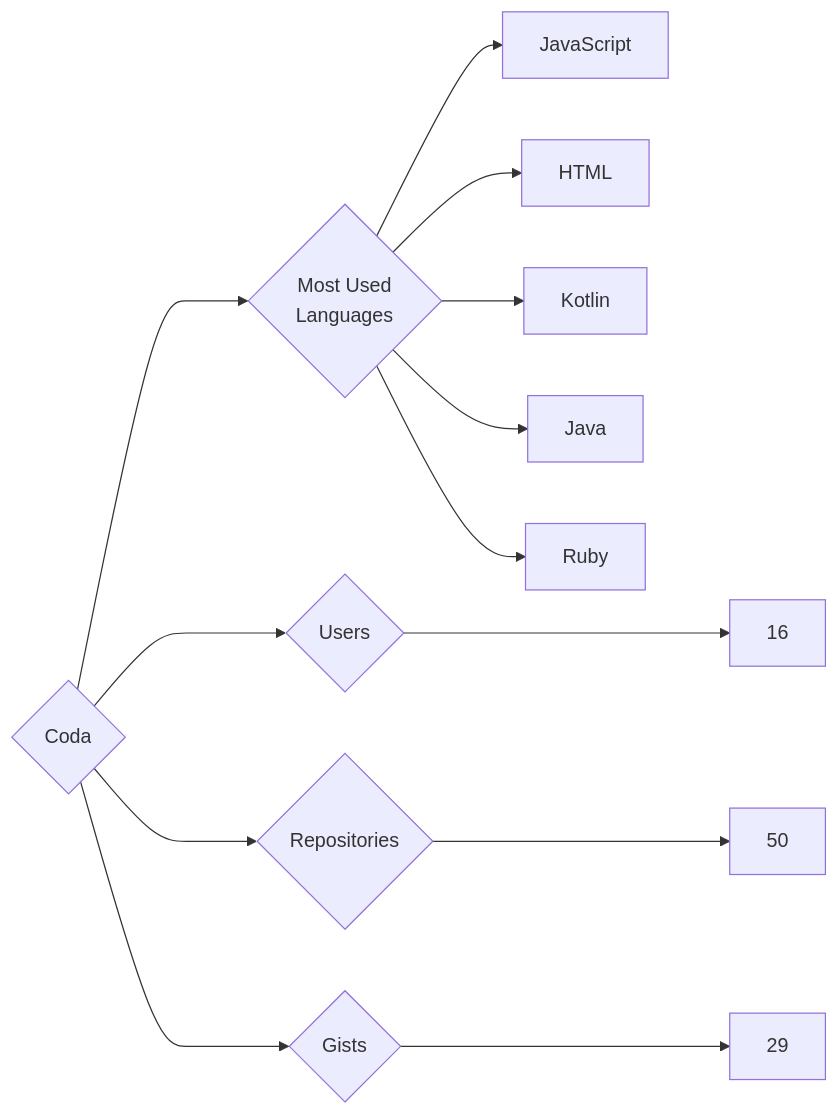
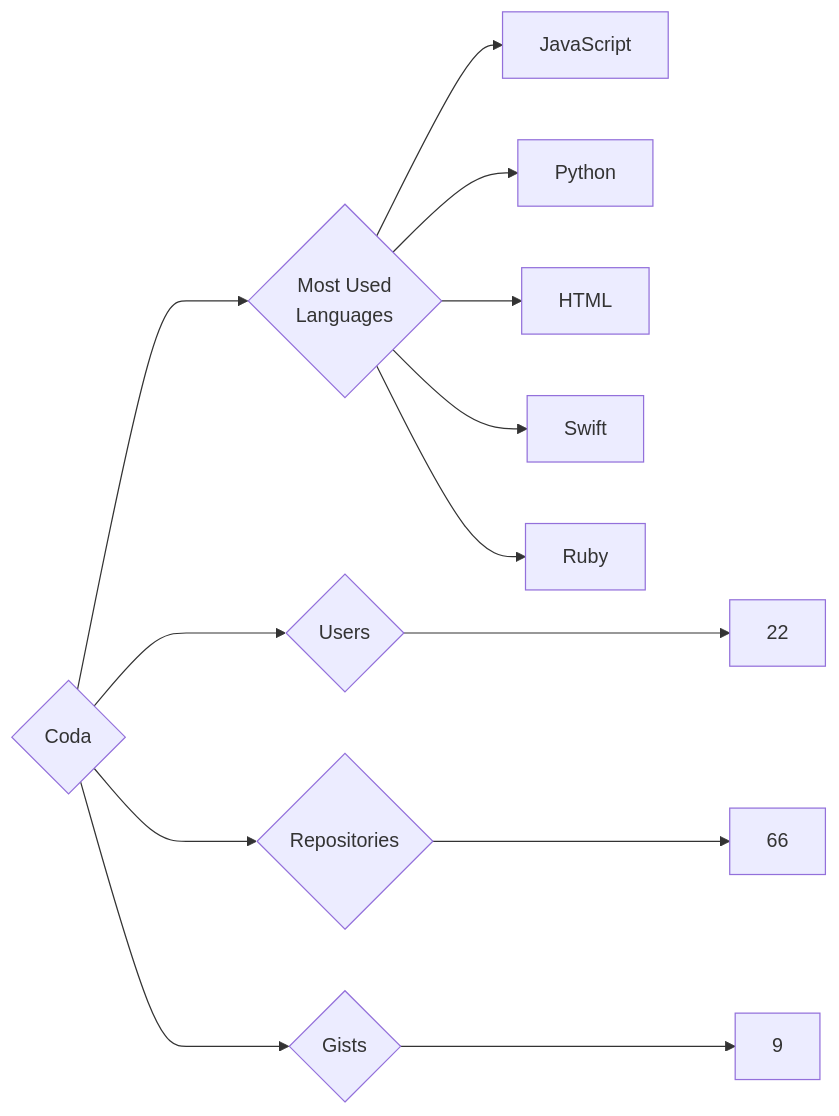
One commit to trickest/insiders changed the diagram in targets/Coda/README.md. Above: the diagram before and after it, drawn with Mermaid. The commit also changed 748 other files, not shown here.

````diff
--- a/targets/Coda/README.md
+++ b/targets/Coda/README.md
@@ -3,13 +3,13 @@
 ```mermaid
 graph LR
 COMPANY_NAME{Coda}
-COMPANY_NAME ---> U{Users} ---> UN[16]
-COMPANY_NAME ---> R{Repositories} ---> RN[50]
-COMPANY_NAME ---> G{Gists} ---> GN[29]
+COMPANY_NAME ---> U{Users} ---> UN[22]
+COMPANY_NAME ---> R{Repositories} ---> RN[66]
+COMPANY_NAME ---> G{Gists} ---> GN[9]
 COMPANY_NAME ---> ML{Most Used<br>Languages}
 ML --> JavaScript[JavaScript]
+ML --> Python[Python]
 ML --> HTML[HTML]
-ML --> Kotlin[Kotlin]
-ML --> Java[Java]
+ML --> Swift[Swift]
 ML --> Ruby[Ruby]
 ```
````
